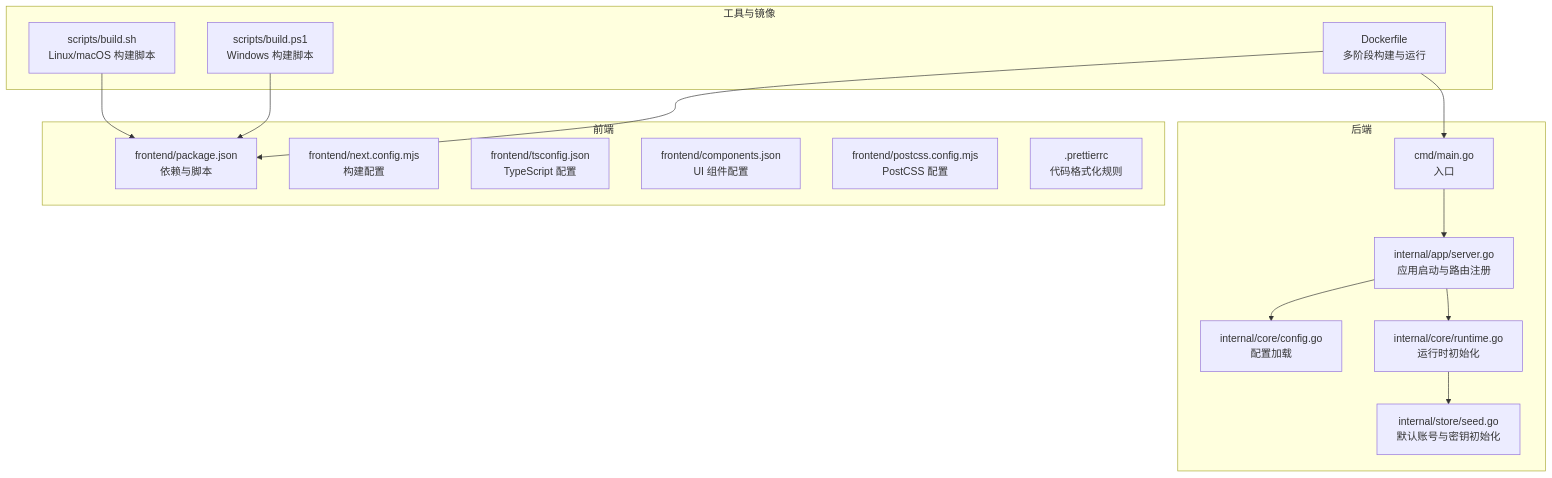
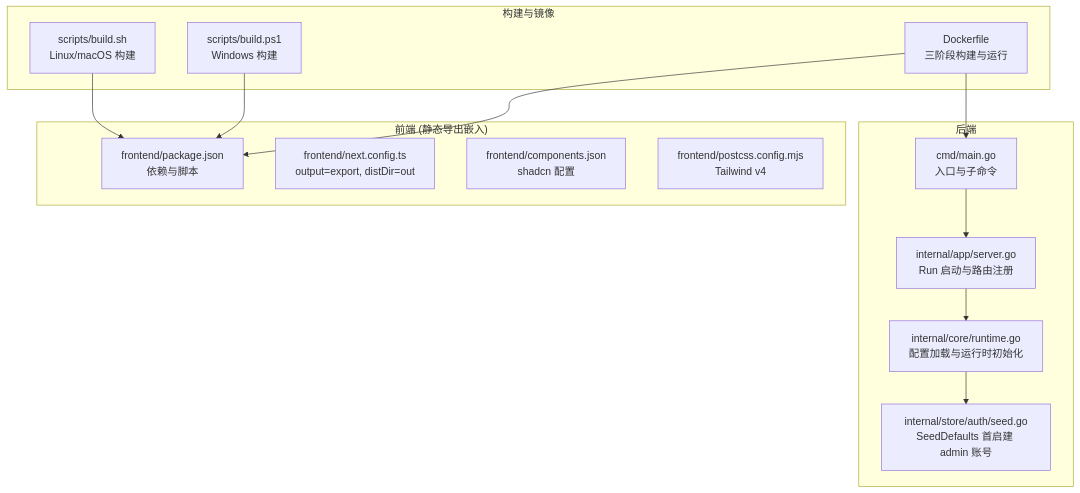
One commit to x01n/My-OpenWaf changed the first of 4 diagrams in docs/项目概述/快速开始.md. Above: the diagram before and after it, drawn with Mermaid. The commit also changed other lines of this file and 622 other files, not shown here.

````diff
--- a/docs/项目概述/快速开始.md
+++ b/docs/项目概述/快速开始.md
@@ -50,31 +43,27 @@
 ```mermaid
 graph TB
 subgraph "后端"
-A["cmd/main.go<br/>入口"]
-B["internal/app/server.go<br/>应用启动与路由注册"]
-C["internal/core/config.go<br/>配置加载"]
-D["internal/core/runtime.go<br/>运行时初始化"]
-E["internal/store/seed.go<br/>默认账号与密钥初始化"]
+A["cmd/main.go<br/>入口与子命令"]
+B["internal/app/server.go<br/>Run 启动与路由注册"]
+C["internal/core/runtime.go<br/>配置加载与运行时初始化"]
+E["internal/store/auth/seed.go<br/>SeedDefaults 首启建 admin 账号"]
 end
-subgraph "前端"
+subgraph "前端 (静态导出嵌入)"
 F["frontend/package.json<br/>依赖与脚本"]
-G["frontend/next.config.mjs<br/>构建配置"]
-H["frontend/tsconfig.json<br/>TypeScript 配置"]
-I["frontend/components.json<br/>UI 组件配置"]
-J["frontend/postcss.config.mjs<br/>PostCSS 配置"]
-K[".prettierrc<br/>代码格式化规则"]
+G["frontend/next.config.ts<br/>output=export, distDir=out"]
+I["frontend/components.json<br/>shadcn 配置"]
+J["frontend/postcss.config.mjs<br/>Tailwind v4"]
 end
-subgraph "工具与镜像"
-L["scripts/build.sh<br/>Linux/macOS 构建脚本"]
-M["scripts/build.ps1<br/>Windows 构建脚本"]
-N["Dockerfile<br/>多阶段构建与运行"]
+subgraph "构建与镜像"
+L["scripts/build.sh<br/>Linux/macOS 构建"]
+M["scripts/build.ps1<br/>Windows 构建"]
+N["Dockerfile<br/>三阶段构建与运行"]
 end
 A --> B
 B --> C
-B --> D
-D --> E
+C --> E
 L --> F
 M --> F
 N --> F
 N --> A
 ```
````
